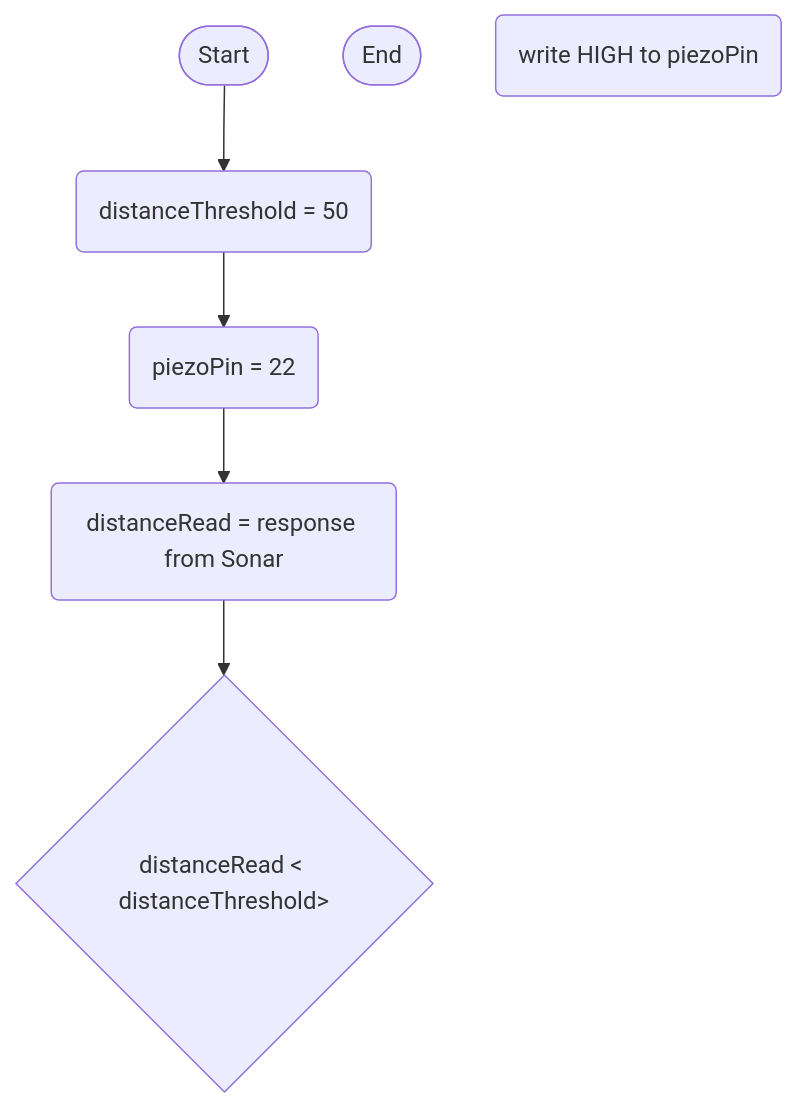
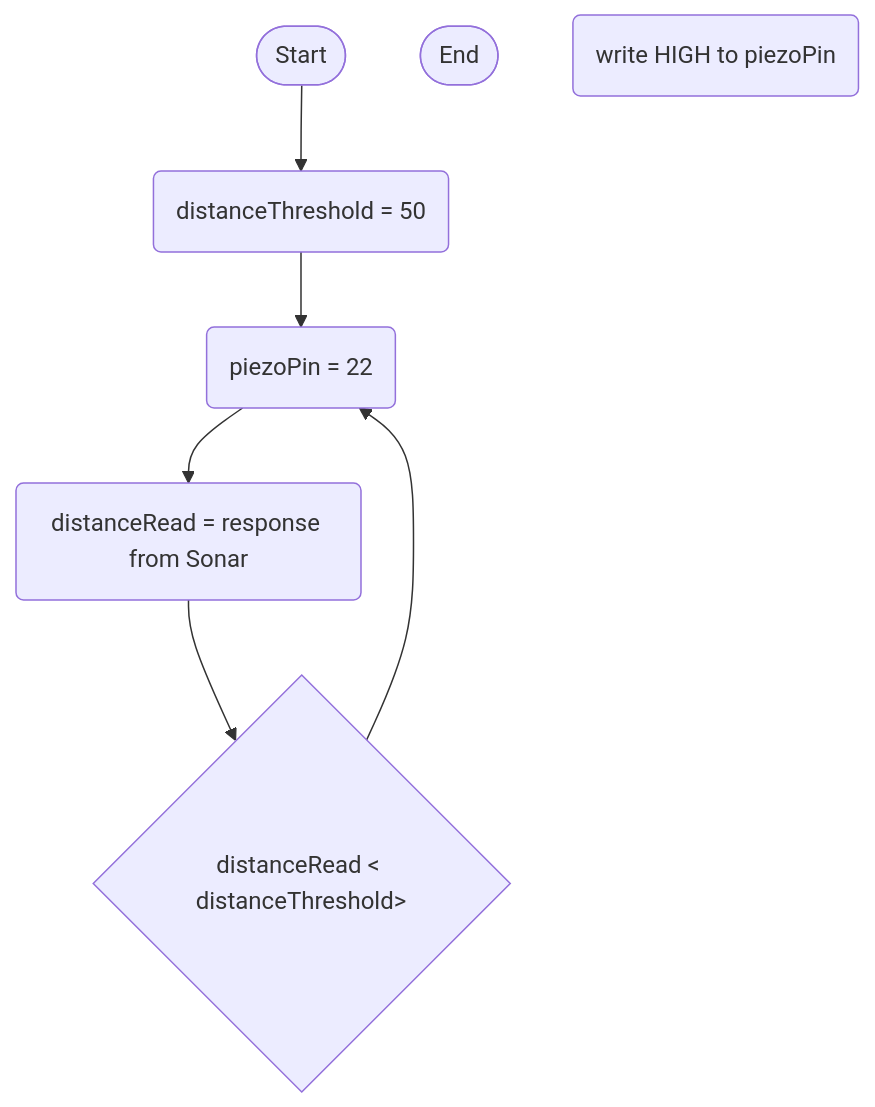
Before and after one commit to 0717330/arduino-board-project: the diagram in logic.md, drawn with Mermaid.

````diff
--- a/logic.md
+++ b/logic.md
@@ -1,16 +1,17 @@
 ```mermaid
 flowchart TD
 terminalStart([Start])
 terminalEnd([End])
 
 thresholdSet(distanceThreshold = 50)
 setPiezoPin(piezoPin = 22)
 currentDistanceReading(distanceRead = response from Sonar)
 activatePiezo(write HIGH to piezoPin)
 ifDistanceLessThanThreshold{distanceRead < distanceThreshold>}
 
 terminalStart --> thresholdSet
 thresholdSet --> setPiezoPin
 setPiezoPin --> currentDistanceReading
 currentDistanceReading --> ifDistanceLessThanThreshold
+ifDistanceLessThanThreshold --> setPiezoPin
 ```
````
